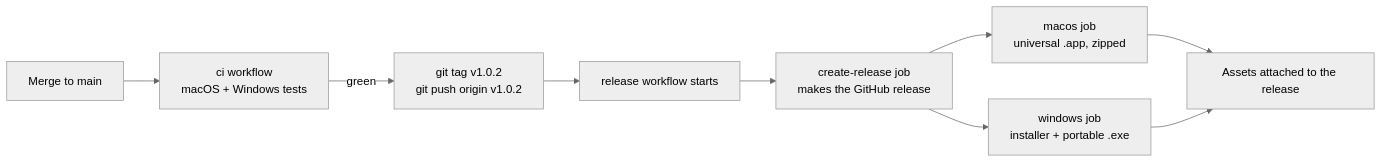
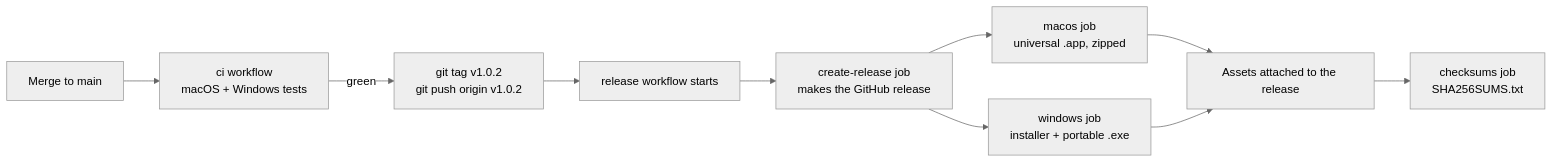
Before and after one commit to bkjonathan/ein-cast: the diagram in docs/RELEASING.md, drawn with Mermaid (neutral theme). The commit also changed other lines of this file and 56 other files, not shown here.

````diff
--- a/docs/RELEASING.md
+++ b/docs/RELEASING.md
@@ -11,11 +11,12 @@
 ```mermaid
 flowchart LR
     A[Merge to main] --> B[ci workflow<br/>macOS + Windows tests]
     B -->|green| C[git tag v1.0.2<br/>git push origin v1.0.2]
     C --> D[release workflow starts]
     D --> E[create-release job<br/>makes the GitHub release]
     E --> F[macos job<br/>universal .app, zipped]
     E --> G[windows job<br/>installer + portable .exe]
     F --> H[Assets attached to the release]
     G --> H
+    H --> I[checksums job<br/>SHA256SUMS.txt]
 ```
````
